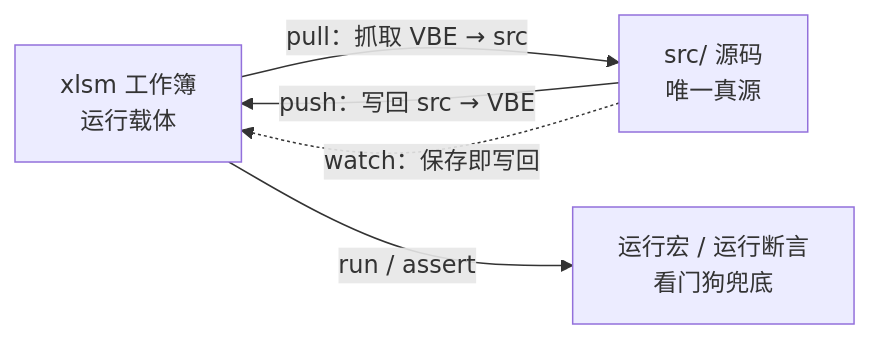
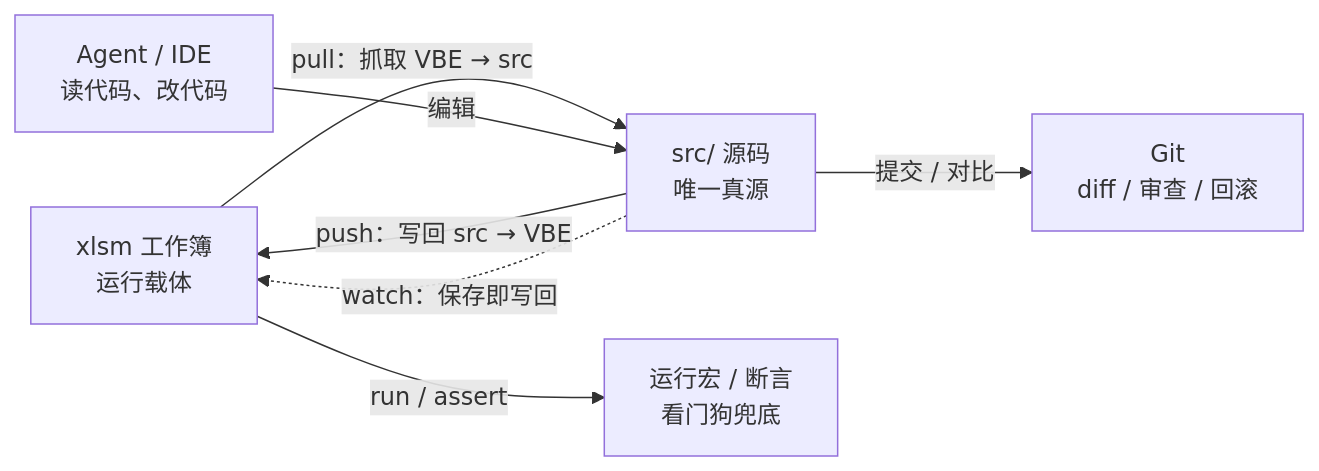
One commit to kinrt/vba-workbench changed the diagram in README.md. Above: the diagram before and after it, drawn with Mermaid. The commit also changed other lines of this file and 66 other files, not shown here.

````diff
--- a/README.md
+++ b/README.md
@@ -62,11 +83,15 @@
 ```mermaid
 flowchart LR
     X["xlsm 工作簿<br/>运行载体"]
     S["src/ 源码<br/>唯一真源"]
-    W["运行宏 / 运行断言<br/>看门狗兜底"]
+    A["Agent / IDE<br/>读代码、改代码"]
+    G["Git<br/>diff / 审查 / 回滚"]
+    W["运行宏 / 断言<br/>看门狗兜底"]
 
     X -->|"pull：抓取 VBE → src"| S
     S -->|"push：写回 src → VBE"| X
     S -.->|"watch：保存即写回"| X
+    A -->|"编辑"| S
+    S -->|"提交 / 对比"| G
     X -->|"run / assert"| W
 ```
````
